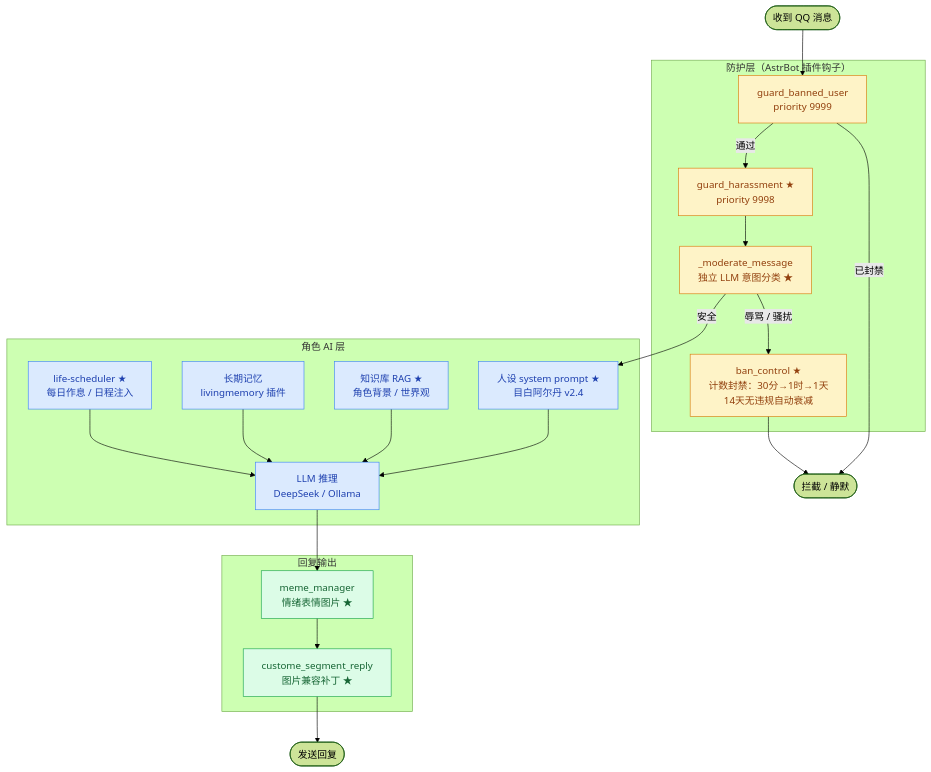
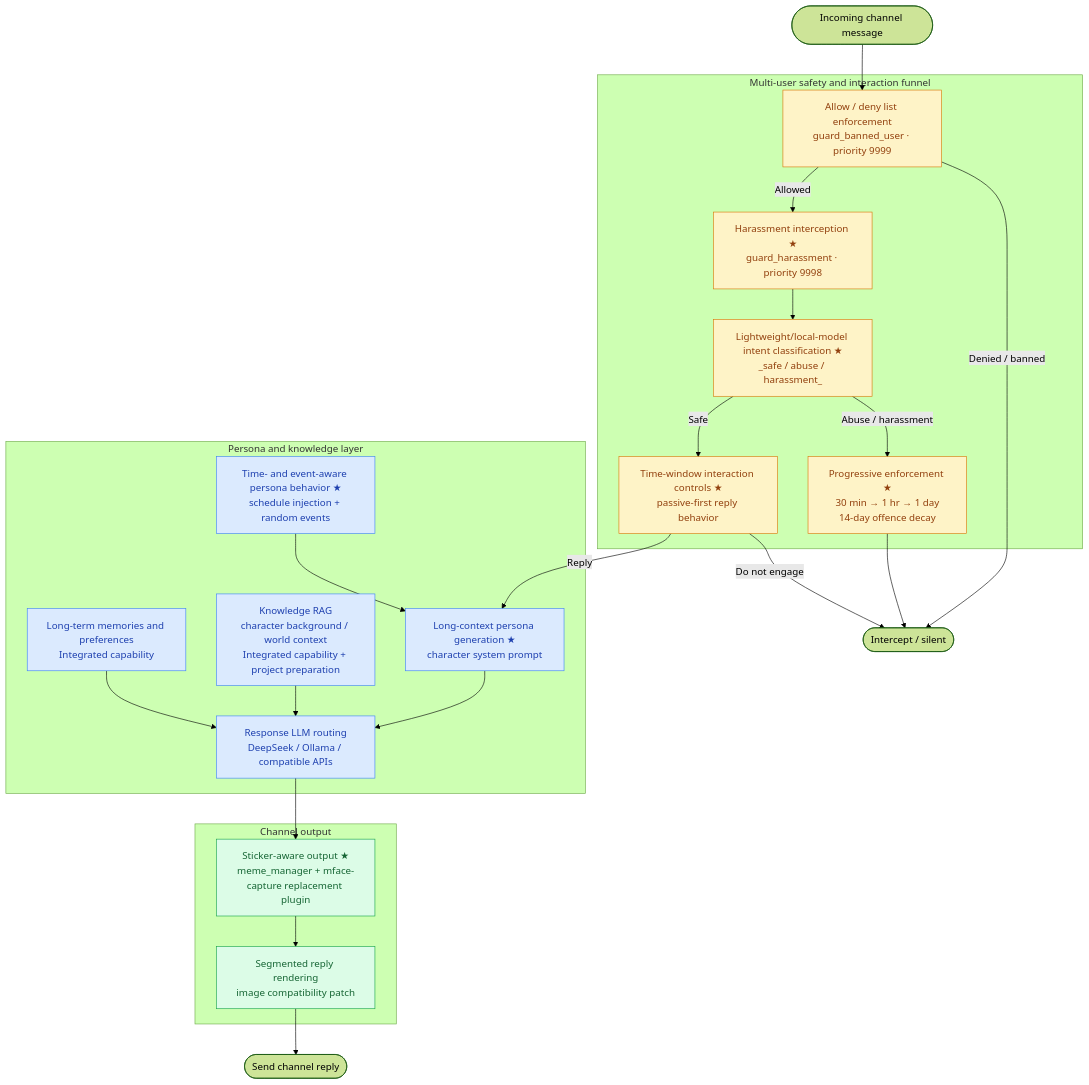
Before and after one commit to Junliang-Lyu/astrbot-napcat-docker: the second of 2 diagrams in README.md, drawn with Mermaid (forest theme). The commit also changed other lines of this file, not shown here.

````diff
--- a/README.md
+++ b/README.md
@@ -33,51 +102,54 @@
 ```mermaid
 flowchart TD
-    MSG(["收到 QQ 消息"])
+    MSG(["Incoming channel message"])
 
-    subgraph GUARD["防护层（AstrBot 插件钩子）"]
-        G1["guard_banned_user\npriority 9999"]
-        G2["guard_harassment ★\npriority 9998"]
-        MOD["_moderate_message\n独立 LLM 意图分类 ★"]
-        BAN["ban_control ★\n计数封禁：30分→1时→1天\n14天无违规自动衰减"]
+    subgraph GUARD["Multi-user safety and interaction funnel"]
+        LIST["Allow / deny list enforcement\nguard_banned_user · priority 9999"]
+        HARASS["Harassment interception ★\nguard_harassment · priority 9998"]
+        CLASSIFY["Lightweight/local-model intent classification ★\n_safe / abuse / harassment_"]
+        ENFORCE["Progressive enforcement ★\n30 min → 1 hr → 1 day\n14-day offence decay"]
+        WINDOW["Time-window interaction controls ★\npassive-first reply behavior"]
     end
 
-    BLOCKED(["拦截 / 静默"])
+    BLOCKED(["Intercept / silent"])
 
-    subgraph CHAR["角色 AI 层"]
-        PERSONA["人设 system prompt ★\n目白阿尔丹 v2.4"]
-        KB["知识库 RAG ★\n角色背景 / 世界观"]
-        MEM["长期记忆\nlivingmemory 插件"]
-        SCHED["life-scheduler ★\n每日作息 / 日程注入"]
-        LLM["LLM 推理\nDeepSeek / Ollama"]
+    subgraph CHAR["Persona and knowledge layer"]
+        PERSONA["Long-context persona generation ★\ncharacter system prompt"]
+        RAG["Knowledge RAG\ncharacter background / world context\nIntegrated capability + project preparation"]
+        MEMORY["Long-term memories and preferences\nIntegrated capability"]
+        SCHED["Time- and event-aware persona behavior ★\nschedule injection + random events"]
+        LLM["Response LLM routing\nDeepSeek / Ollama / compatible APIs"]
     end
 
-    subgraph OUT["回复输出"]
-        MEME["meme_manager\n情绪表情图片 ★"]
-        SEG["custome_segment_reply\n图片兼容补丁 ★"]
+    subgraph OUT["Channel output"]
+        STICKER["Sticker-aware output ★\nmeme_manager + mface-capture replacement plugin"]
+        SEG["Segmented reply rendering\nimage compatibility patch"]
     end
 
-    REPLY(["发送回复"])
+    REPLY(["Send channel reply"])
 
-    MSG --> G1
-    G1 -->|已封禁| BLOCKED
-    G1 -->|通过| G2
-    G2 --> MOD
-    MOD -->|辱骂 / 骚扰| BAN
-    BAN --> BLOCKED
-    MOD -->|安全| PERSONA
+    MSG --> LIST
+    LIST -->|Denied / banned| BLOCKED
+    LIST -->|Allowed| HARASS
+    HARASS --> CLASSIFY
+    CLASSIFY -->|Abuse / harassment| ENFORCE
+    ENFORCE --> BLOCKED
+    CLASSIFY -->|Safe| WINDOW
+    WINDOW -->|Do not engage| BLOCKED
+    WINDOW -->|Reply| PERSONA
     PERSONA --> LLM
-    KB --> LLM
-    MEM --> LLM
-    SCHED --> LLM
-    LLM --> MEME
-    MEME --> SEG
+    RAG --> LLM
+    MEMORY --> LLM
+    SCHED --> PERSONA
+    LLM --> STICKER
+    STICKER --> SEG
     SEG --> REPLY
 
     classDef guard fill:#fef3c7,stroke:#d97706,color:#92400e
     classDef charAI fill:#dbeafe,stroke:#3b82f6,color:#1e40af
     classDef output fill:#dcfce7,stroke:#16a34a,color:#166534
 
-    class G1,G2,MOD,BAN guard
-    class PERSONA,KB,MEM,SCHED,LLM charAI
-    class MEME,SEG output
+    class LIST,HARASS,CLASSIFY,ENFORCE,WINDOW guard
+    class PERSONA,RAG,MEMORY,SCHED,LLM charAI
+    class STICKER,SEG output
 ```
````
